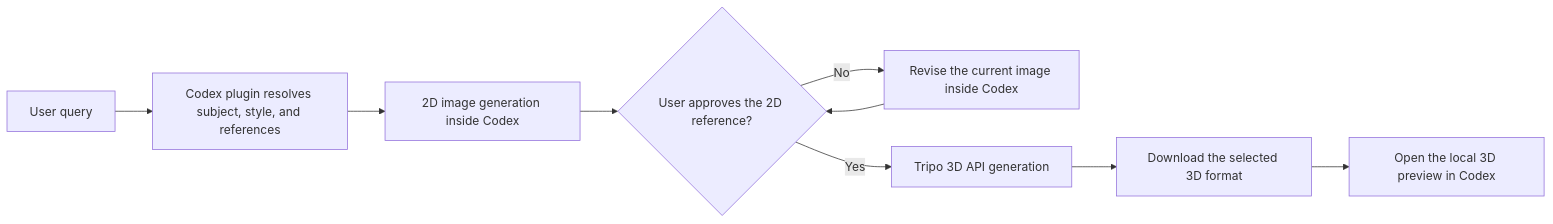
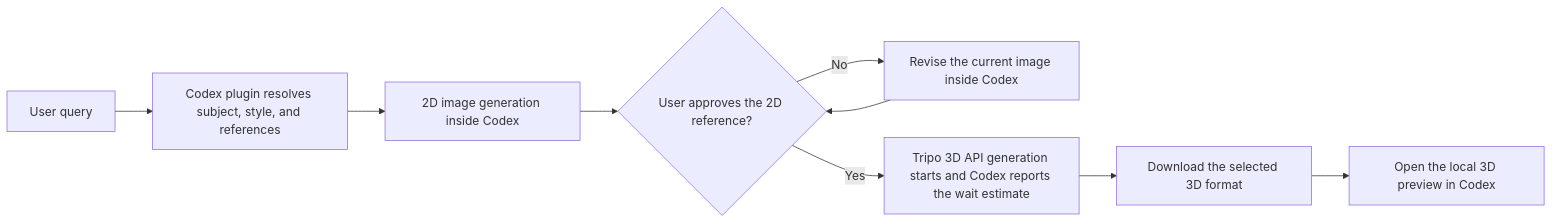
Before and after one commit to anisayari/codex-3d-asset: the diagram in README.md, drawn with Mermaid. The commit also changed other lines of this file and 8 other files, not shown here.

Commit message:
Add Tripo wait-time guidance

````diff
--- a/README.md
+++ b/README.md
@@ -22,11 +22,11 @@
 ```mermaid
 flowchart LR
   A["User query"] --> B["Codex plugin resolves subject, style, and references"]
   B --> C["2D image generation inside Codex"]
   C --> D{"User approves the 2D reference?"}
   D -->|No| E["Revise the current image inside Codex"]
   E --> D
-  D -->|Yes| F["Tripo 3D API generation"]
+  D -->|Yes| F["Tripo 3D API generation starts and Codex reports the wait estimate"]
   F --> G["Download the selected 3D format"]
   G --> H["Open the local 3D preview in Codex"]
 ```
````
